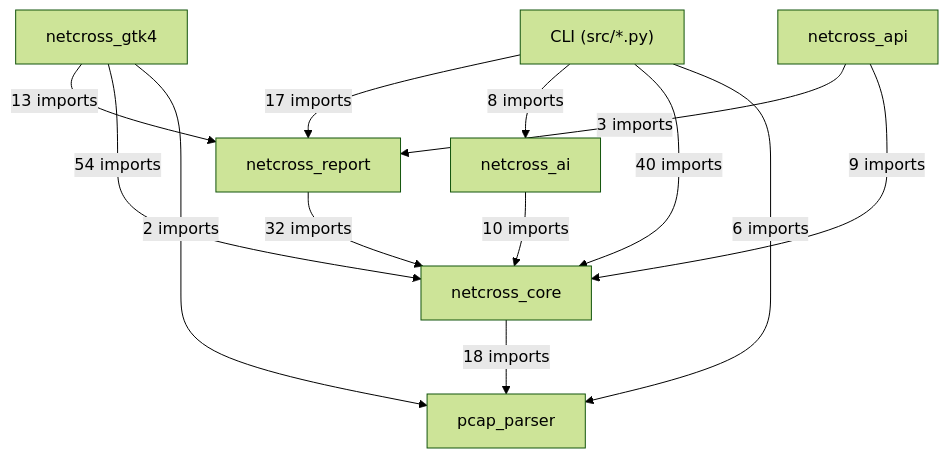
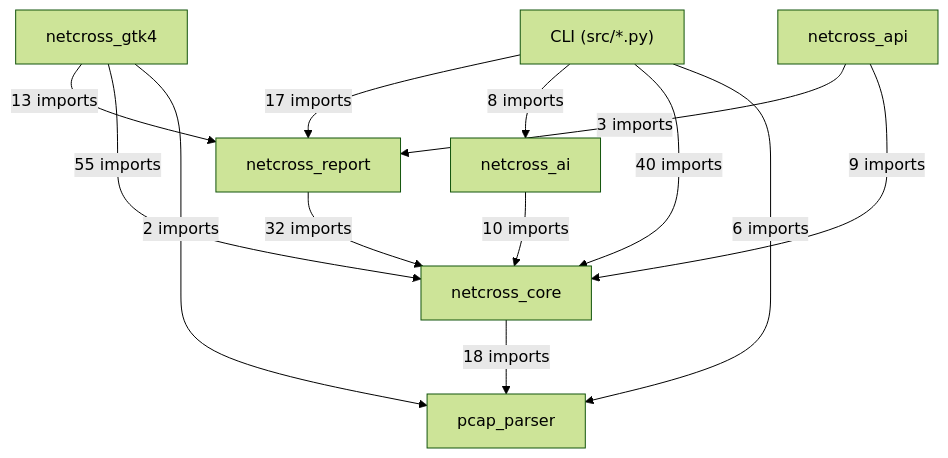
Before and after one commit to Mathide-Team/Netcross: the first of 19 diagrams in docs/class-diagram.md, drawn with Mermaid (forest theme). The commit also changed other lines of this file and 6 other files, not shown here.

````diff
--- a/docs/class-diagram.md
+++ b/docs/class-diagram.md
@@ -26,22 +26,22 @@
 ```mermaid
 flowchart TD
     CLI["CLI (src/*.py)"]
     netcross_gtk4["netcross_gtk4"]
     netcross_api["netcross_api"]
     netcross_report["netcross_report"]
     netcross_ai["netcross_ai"]
     netcross_core["netcross_core"]
     pcap_parser["pcap_parser"]
     CLI -->|"17 imports"| netcross_report
     CLI -->|"8 imports"| netcross_ai
     CLI -->|"40 imports"| netcross_core
     CLI -->|"6 imports"| pcap_parser
     netcross_gtk4 -->|"13 imports"| netcross_report
-    netcross_gtk4 -->|"54 imports"| netcross_core
+    netcross_gtk4 -->|"55 imports"| netcross_core
     netcross_gtk4 -->|"2 imports"| pcap_parser
     netcross_api -->|"3 imports"| netcross_report
     netcross_api -->|"9 imports"| netcross_core
     netcross_report -->|"32 imports"| netcross_core
     netcross_ai -->|"10 imports"| netcross_core
     netcross_core -->|"18 imports"| pcap_parser
 ```
````
